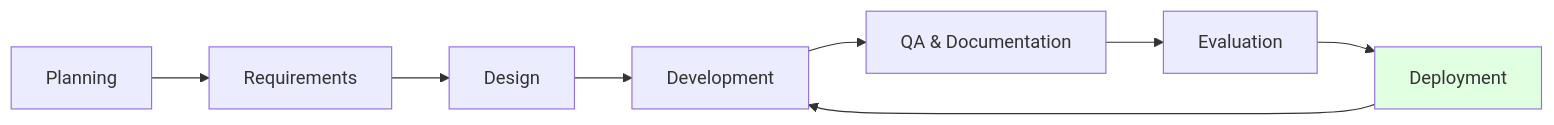
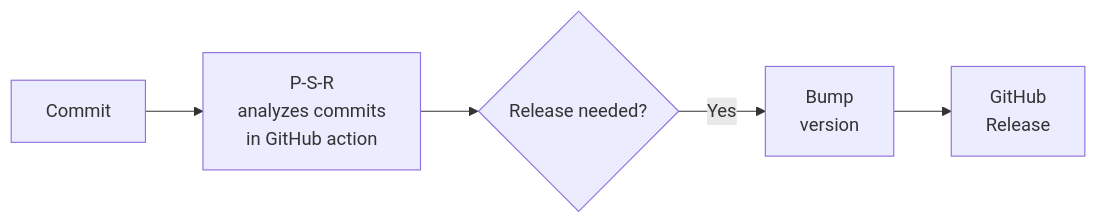
The first of 2 diagrams in software_publication/slides.md (vuillaut/lectures), drawn with Mermaid before and after one commit. The commit also changed other lines of this file, not shown here.

Commit message:
finale version of the software publication slides

````diff
--- a/software_publication/slides.md
+++ b/software_publication/slides.md
@@ -571,12 +1286,7 @@
-```mermaid {scale: 0.8}
+```mermaid
 graph LR
-    A[Planning] --> B[Requirements]
-    B --> C[Design]
-    C --> D[Development]
-    D --> E[QA & Documentation]
-    E --> F[Evaluation]
-    F --> G[Deployment]
-    G --> D
-    
-    style G fill:#e1ffe1
+    A[Commit] --> B[P-S-R<br>analyzes commits<br>in GitHub action]
+    B --> D{Release needed?}
+    D -->|Yes| F[Bump<br>version]
+    F --> I[GitHub<br>Release]
 ```
````
